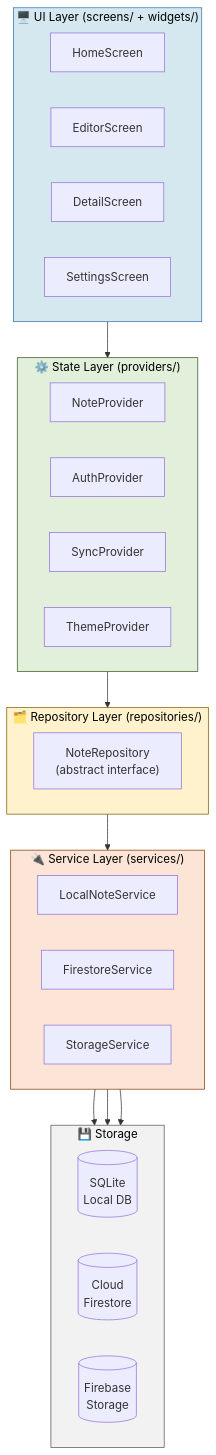
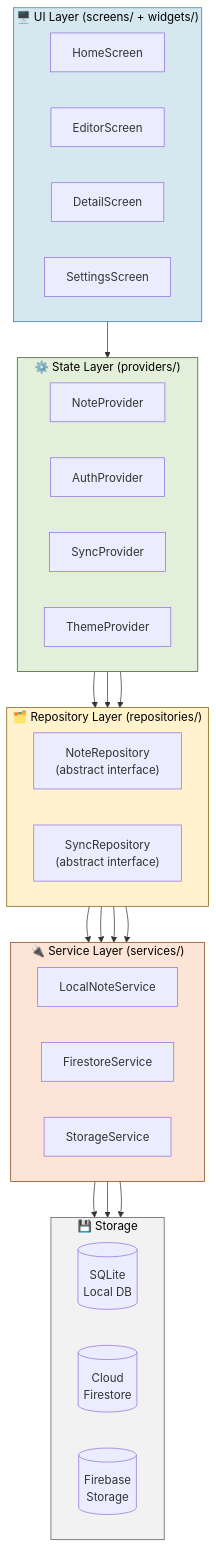
Before and after one commit to PVM-05/Smart-Note-App: the first of 13 diagrams in docs/Architecture_and_Flows.md, drawn with Mermaid. The commit also changed other lines of this file, not shown here.

Commit message:
docs: update Architecture_and_Flows to v2 with orthogonal FSM and refined diagrams

````diff
--- a/docs/Architecture_and_Flows.md
+++ b/docs/Architecture_and_Flows.md
@@ -29,50 +29,56 @@
 ```mermaid
 flowchart TB
     subgraph UI["🖥️ UI Layer (screens/ + widgets/)"]
         direction LR
         HS[HomeScreen]
         ES[EditorScreen]
         DS[DetailScreen]
         SS[SettingsScreen]
     end
 
     subgraph STATE["⚙️ State Layer (providers/)"]
         direction LR
         NP[NoteProvider]
         AP[AuthProvider]
         SY[SyncProvider]
         TP[ThemeProvider]
     end
 
     subgraph REPO["🗂️ Repository Layer (repositories/)"]
         direction LR
         NR["NoteRepository\n(abstract interface)"]
+        SR["SyncRepository\n(abstract interface)"]
     end
 
     subgraph SERVICE["🔌 Service Layer (services/)"]
         direction LR
         LS[LocalNoteService]
         FS[FirestoreService]
         ST[StorageService]
     end
 
     subgraph STORAGE["💾 Storage"]
         direction LR
         SQ[(SQLite\nLocal DB)]
         FB[(Cloud\nFirestore)]
         FBS[(Firebase\nStorage)]
     end
 
     UI --> STATE
     STATE --> REPO
-    REPO --> SERVICE
+    NP --> NR
+    SY --> SR
+    NR --> LS
+    NR --> FS
+    SR --> LS
+    SR --> FS
     LS --> SQ
     FS --> FB
     ST --> FBS
 
     style UI fill:#D5E8F0,stroke:#2E75B6,color:#000
     style STATE fill:#E2EFDA,stroke:#375623,color:#000
     style REPO fill:#FFF2CC,stroke:#7D5C00,color:#000
     style SERVICE fill:#FCE4D6,stroke:#843C0C,color:#000
     style STORAGE fill:#F2F2F2,stroke:#555555,color:#000
 ```
````
